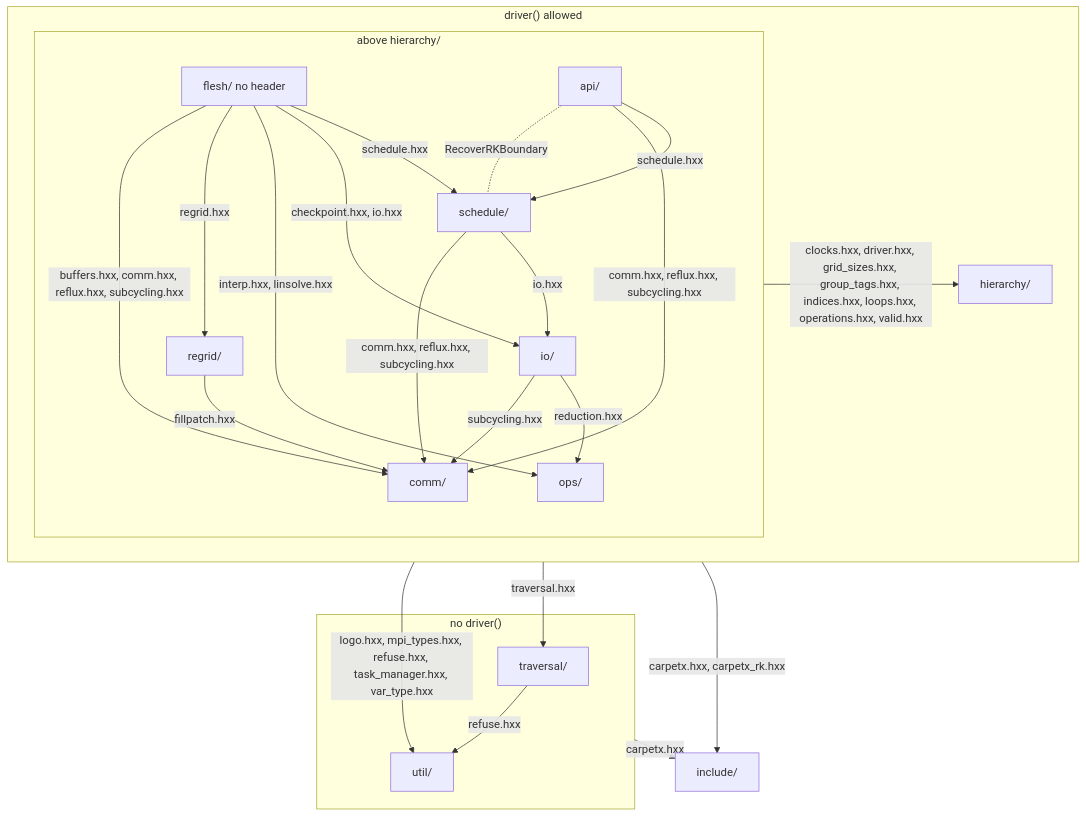
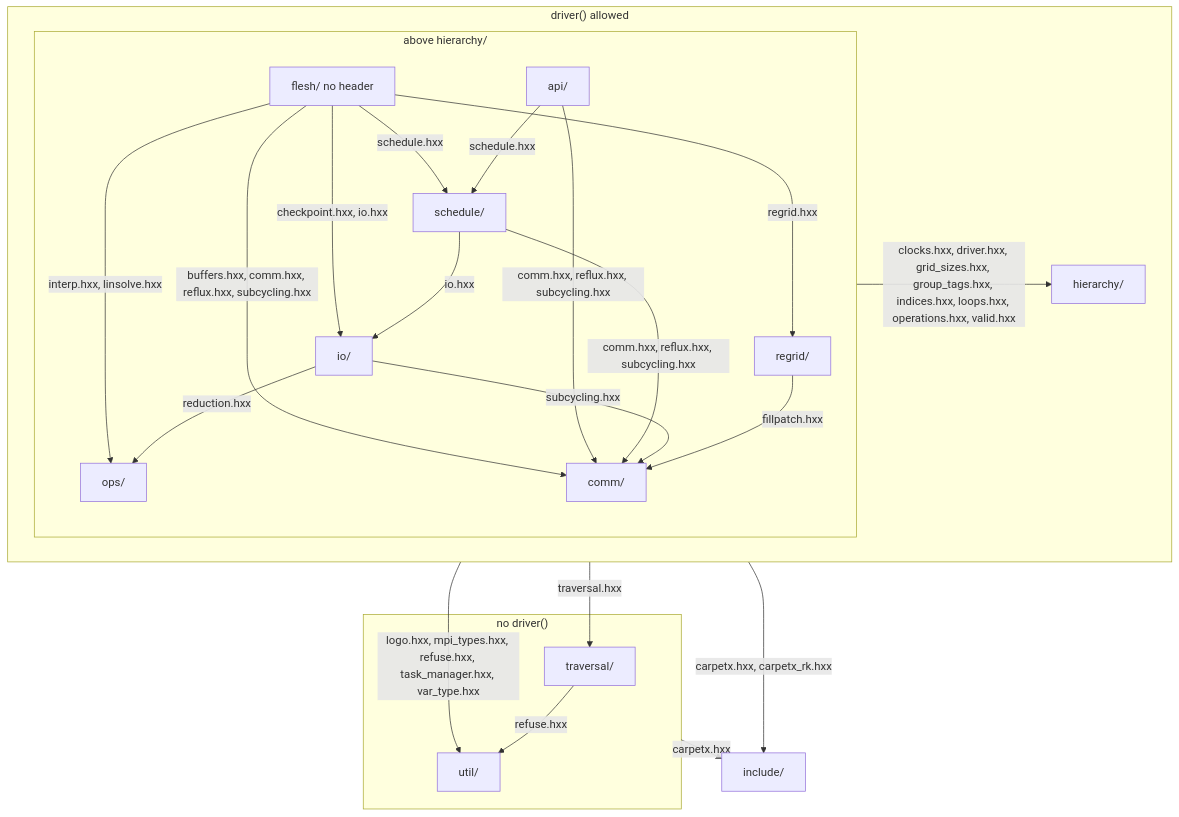
Before and after one commit to lwJi/CarpetX: the first of 3 diagrams in agent_docs/carpetx-internals.md, drawn with Mermaid. The commit also changed 13 other files, not shown here.

````diff
--- a/agent_docs/carpetx-internals.md
+++ b/agent_docs/carpetx-internals.md
@@ -7,39 +7,38 @@
 ```mermaid
 flowchart TB
   subgraph door["driver() allowed"]
     subgraph above["above hierarchy/"]
       flesh["flesh/ no header"]
       api["api/"]
       schedule["schedule/"]
       io["io/"]
       ops["ops/"]
       regrid["regrid/"]
       comm["comm/"]
     end
     hierarchy["hierarchy/"]
   end
   subgraph nodoor["no driver()"]
     traversal["traversal/"]
     util["util/"]
   end
   include["include/"]
   flesh -- "schedule.hxx" --> schedule
   flesh -- "checkpoint.hxx, io.hxx" --> io
   flesh -- "interp.hxx, linsolve.hxx" --> ops
   flesh -- "regrid.hxx" --> regrid
   flesh -- "buffers.hxx, comm.hxx, reflux.hxx, subcycling.hxx" --> comm
   api -- "schedule.hxx" --> schedule
   api -- "comm.hxx, reflux.hxx, subcycling.hxx" --> comm
   schedule -- "io.hxx" --> io
   schedule -- "comm.hxx, reflux.hxx, subcycling.hxx" --> comm
   io -- "reduction.hxx" --> ops
   io -- "subcycling.hxx" --> comm
   regrid -- "fillpatch.hxx" --> comm
   traversal -- "refuse.hxx" --> util
   above -- "clocks.hxx, driver.hxx, grid_sizes.hxx, group_tags.hxx, indices.hxx, loops.hxx, operations.hxx, valid.hxx" --> hierarchy
   door -- "traversal.hxx" --> traversal
   door -- "logo.hxx, mpi_types.hxx, refuse.hxx, task_manager.hxx, var_type.hxx" --> util
   door -- "carpetx.hxx, carpetx_rk.hxx" --> include
   nodoor -- "carpetx.hxx" --> include
-  api -. "RecoverRKBoundary" .- schedule
 ```
````
